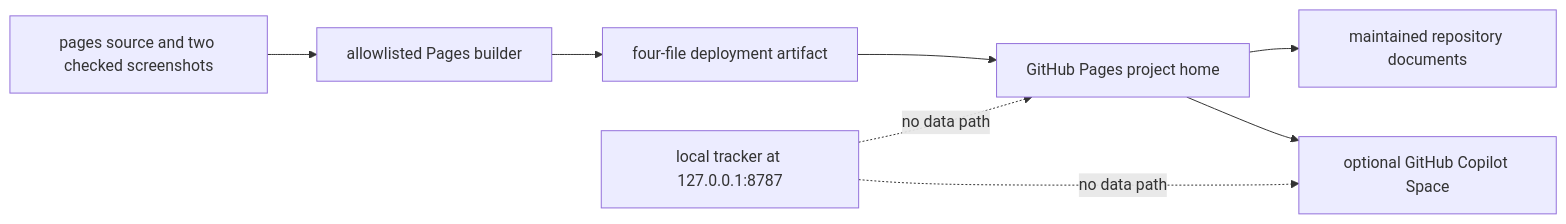
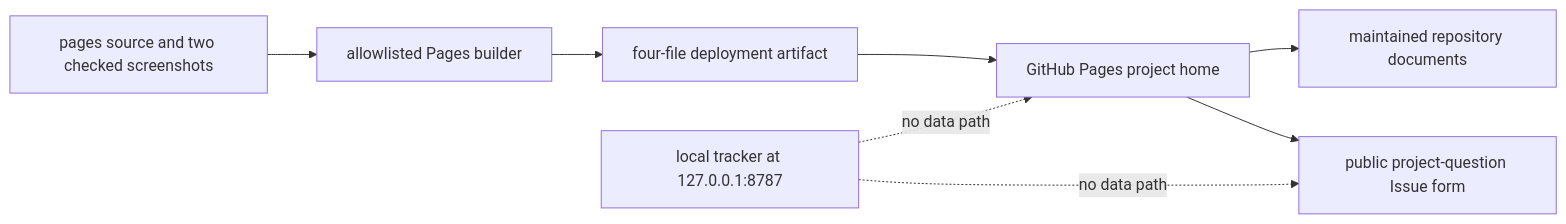
Before and after one commit to raymond-nassar/recap-page: the sixth of 6 diagrams in docs/ARCHITECTURE.md, drawn with Mermaid. The commit also changed other lines of this file and 8 other files, not shown here.

First line of the commit message:
fix(pages): replace unavailable project routes

````diff
--- a/docs/ARCHITECTURE.md
+++ b/docs/ARCHITECTURE.md
@@ -621,10 +622,10 @@
 ```mermaid
 flowchart LR
   source["pages source and two checked screenshots"] --> builder["allowlisted Pages builder"]
   builder --> artifact["four-file deployment artifact"]
   artifact --> pages["GitHub Pages project home"]
   pages --> docs["maintained repository documents"]
-  pages --> space["optional GitHub Copilot Space"]
+  pages --> questions["public project-question Issue form"]
   tracker["local tracker at 127.0.0.1:8787"] -. "no data path" .-> pages
-  tracker -. "no data path" .-> space
+  tracker -. "no data path" .-> questions
 ```
````
